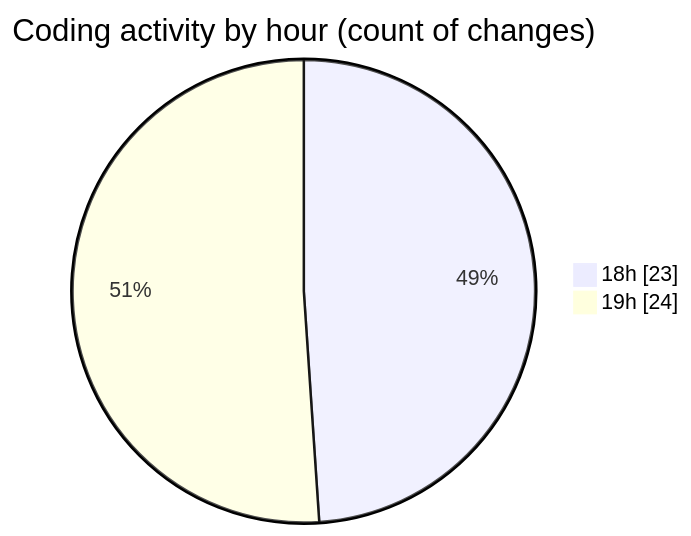
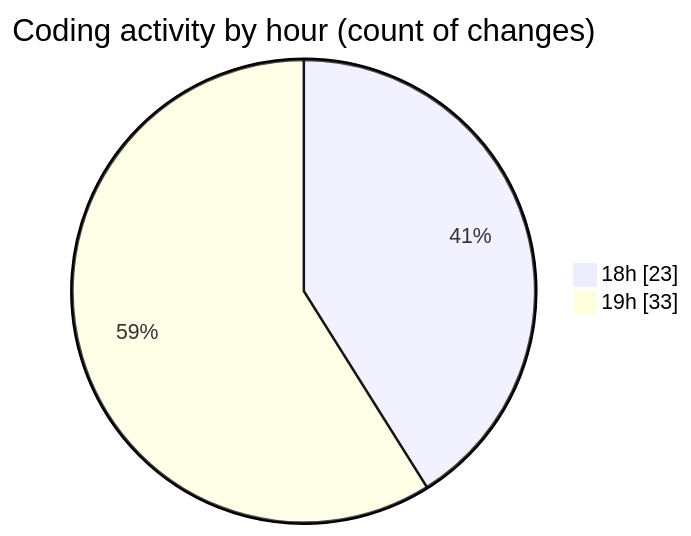
Before and after one commit to Netris89/code-tracking: the second of 2 diagrams in 2025-03-27/back-end/README.md, drawn with Mermaid. The commit also changed other lines of this file and 1 other file, not shown here.

````diff
--- a/2025-03-27/back-end/README.md
+++ b/2025-03-27/back-end/README.md
@@ -36,6 +36,6 @@
 ```mermaid
 pie showData
 title Coding activity by hour (count of changes)
 "18h" : 23
-"19h" : 24
+"19h" : 33
 ```
````
